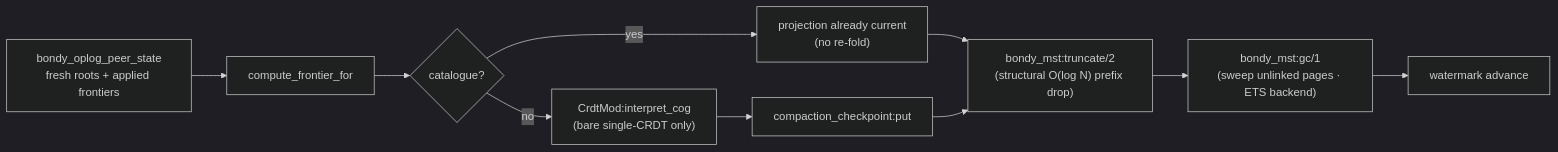
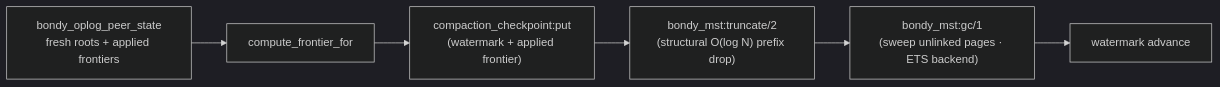
One commit to bondy-io/bondy changed the ninth of 9 diagrams in apps/bondy_db/doc_extras/architecture/01_bondy_oplog.md. Above: the diagram before and after it, drawn with Mermaid (dark theme). The commit also changed other lines of this file and 215 other files, not shown here.

````diff
--- a/apps/bondy_db/doc_extras/architecture/01_bondy_oplog.md
+++ b/apps/bondy_db/doc_extras/architecture/01_bondy_oplog.md
@@ -503,17 +500,12 @@
 ```mermaid
 flowchart LR
     PEERS["bondy_oplog_peer_state<br/>fresh roots + applied frontiers"]
     FRONT["compute_frontier_for"]
-    MODE{"catalogue?"}
-    FAST["projection already current<br/>(no re-fold)"]
-    INTERP["CrdtMod:interpret_cog<br/>(bare single-CRDT only)"]
-    CKPT[compaction_checkpoint:put]
+    CKPT["compaction_checkpoint:put<br/>(watermark + applied frontier)"]
     TRUNC["bondy_mst:truncate/2<br/>(structural O(log N) prefix drop)"]
     GC["bondy_mst:gc/1<br/>(sweep unlinked pages · ETS backend)"]
     WM[watermark advance]
 
-    PEERS --> FRONT --> MODE
-    MODE -->|yes| FAST --> TRUNC
-    MODE -->|no| INTERP --> CKPT --> TRUNC
+    PEERS --> FRONT --> CKPT --> TRUNC
     TRUNC --> GC --> WM
 ```
````
